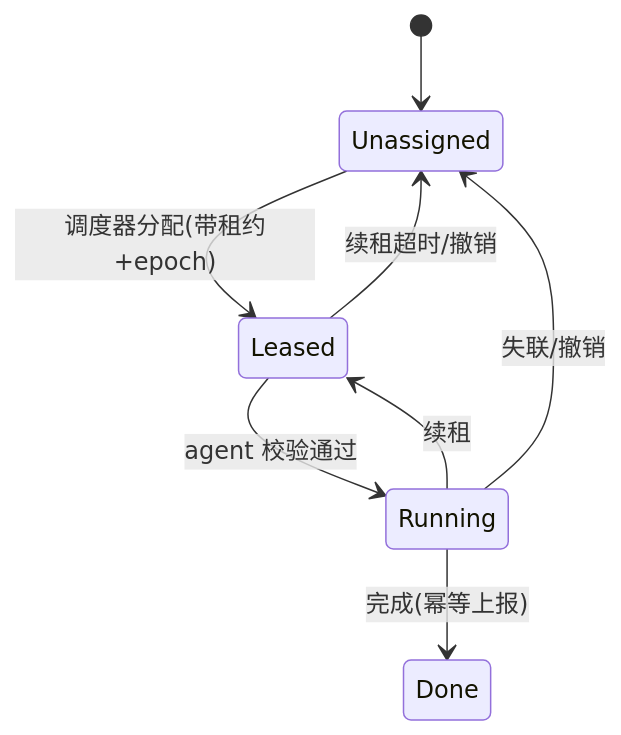
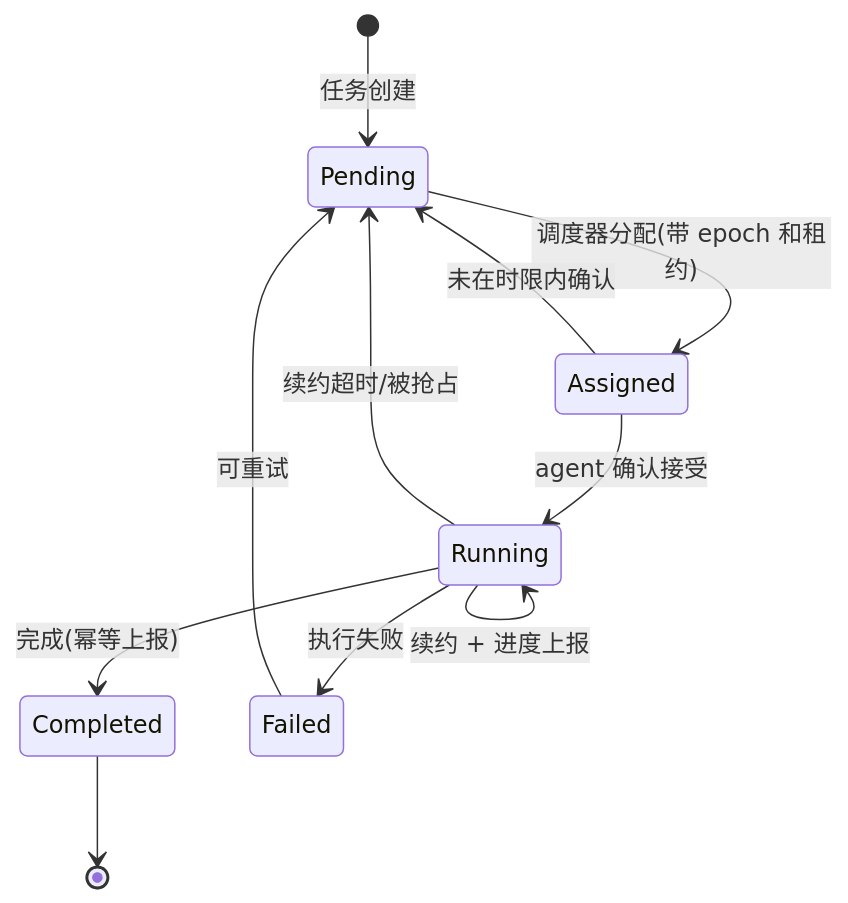
One commit to cavemancave/mw-study changed the tenth of 13 diagrams in docs/chapter9.md. Above: the diagram before and after it, drawn with Mermaid. The commit also changed other lines of this file, not shown here.

First line of the commit message:
expand chapter 9 into book depth: multi-agent and distributed state

````diff
--- a/docs/chapter9.md
+++ b/docs/chapter9.md
@@ -83,10 +658,13 @@
 ```mermaid
 stateDiagram-v2
-    [*] --> Unassigned
-    Unassigned --> Leased: 调度器分配(带租约+epoch)
-    Leased --> Running: agent 校验通过
-    Running --> Leased: 续租
-    Running --> Done: 完成(幂等上报)
-    Leased --> Unassigned: 续租超时/撤销
-    Running --> Unassigned: 失联/撤销
+    [*] --> Pending: 任务创建
+    Pending --> Assigned: 调度器分配(带 epoch 和租约)
+    Assigned --> Running: agent 确认接受
+    Running --> Running: 续约 + 进度上报
+    Running --> Completed: 完成(幂等上报)
+    Running --> Failed: 执行失败
+    Assigned --> Pending: 未在时限内确认
+    Running --> Pending: 续约超时/被抢占
+    Failed --> Pending: 可重试
+    Completed --> [*]
 ```
````
